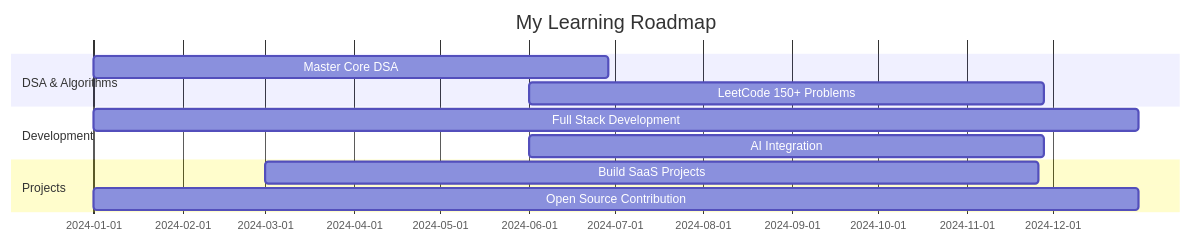
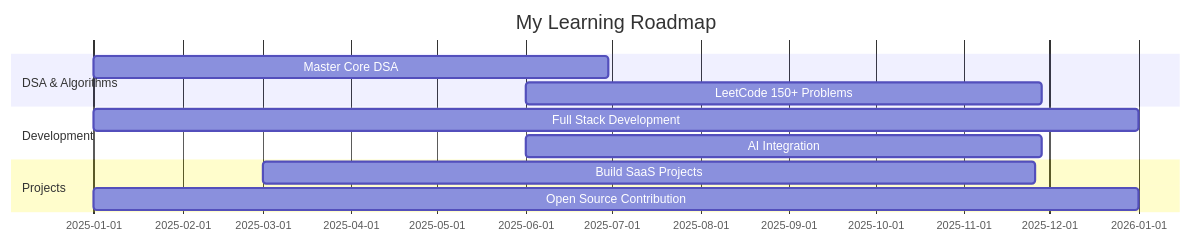
One commit to syedahmershah/syedahmershah changed the diagram in README.md. Above: the diagram before and after it, drawn with Mermaid.

Commit message:
Updating Dates

````diff
--- a/README.md
+++ b/README.md
@@ -125,14 +125,14 @@
 ```mermaid
 gantt
     title My Learning Roadmap
     dateFormat  YYYY-MM-DD
     section DSA & Algorithms
-    Master Core DSA           :2024-01-01, 180d
-    LeetCode 150+ Problems    :2024-06-01, 180d
+    Master Core DSA           :2025-01-01, 180d
+    LeetCode 150+ Problems    :2025-06-01, 180d
     section Development
-    Full Stack Development    :2024-01-01, 365d
-    AI Integration           :2024-06-01, 180d
+    Full Stack Development    :2025-01-01, 365d
+    AI Integration           :2025-06-01, 180d
     section Projects
-    Build SaaS Projects      :2024-03-01, 270d
-    Open Source Contribution :2024-01-01, 365d
+    Build SaaS Projects      :2025-03-01, 270d
+    Open Source Contribution :2025-01-01, 365d
 ```
````
